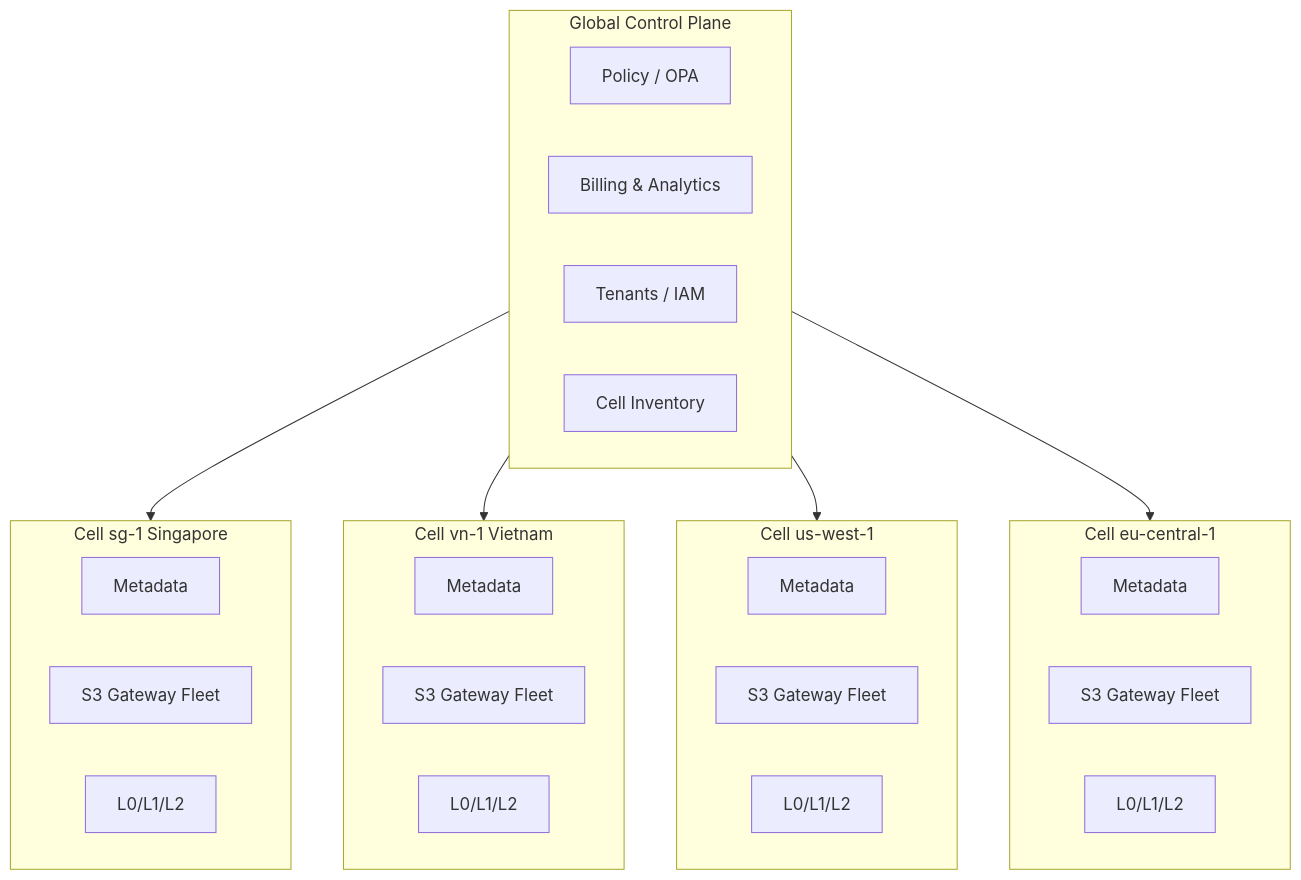
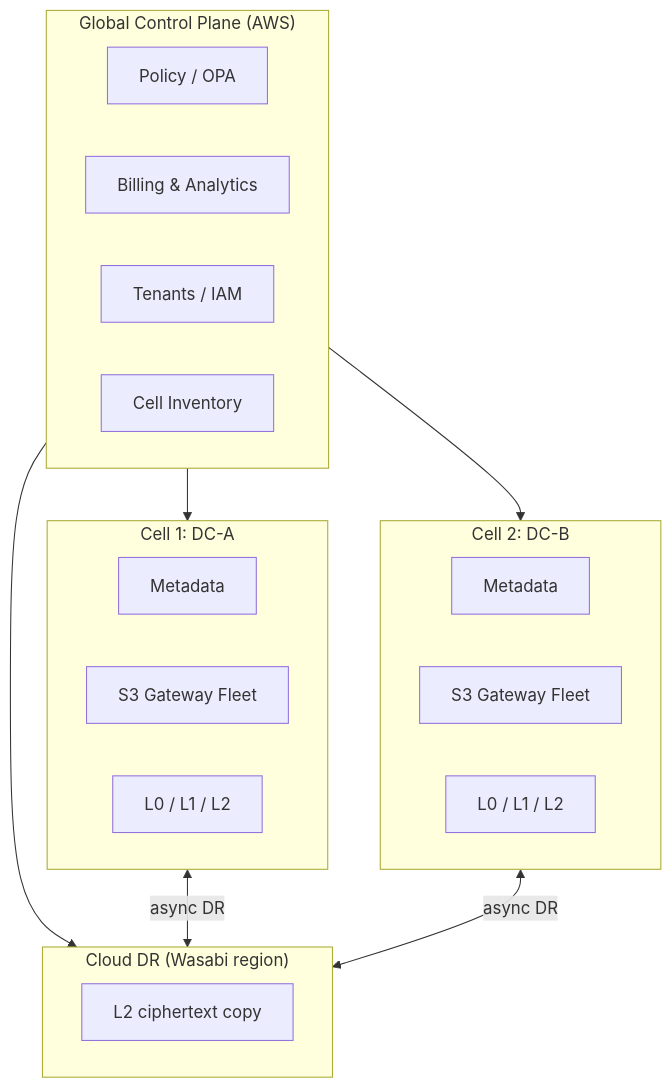
Before and after one commit to kennguy3n/zk-object-fabric: the second of 2 diagrams in docs/PROPOSAL.md, drawn with Mermaid. The commit also changed other lines of this file and 3 other files, not shown here.

First line of the commit message:
Rewrite project docs for ZK Object Fabric on AWS + Linode + Wasabi

````diff
--- a/docs/PROPOSAL.md
+++ b/docs/PROPOSAL.md
@@ -353,33 +684,28 @@
 ```mermaid
 flowchart TD
-    subgraph Global[Global Control Plane]
-      G_POLICY[Policy / OPA]
-      G_BILL[Billing &amp; Analytics]
-      G_IAM[Tenants / IAM]
-      G_INV[Cell Inventory]
+    subgraph Global["Global Control Plane (AWS)"]
+      G_POLICY["Policy / OPA"]
+      G_BILL["Billing &amp; Analytics"]
+      G_IAM["Tenants / IAM"]
+      G_INV["Cell Inventory"]
     end
-    subgraph SG[Cell sg-1 Singapore]
-      SG_MD[Metadata]
-      SG_GW[S3 Gateway Fleet]
-      SG_L0[L0/L1/L2]
+    subgraph Cell1["Cell 1: DC-A"]
+      C1_MD["Metadata"]
+      C1_GW["S3 Gateway Fleet"]
+      C1_L["L0 / L1 / L2"]
     end
-    subgraph VN[Cell vn-1 Vietnam]
-      VN_MD[Metadata]
-      VN_GW[S3 Gateway Fleet]
-      VN_L0[L0/L1/L2]
+    subgraph Cell2["Cell 2: DC-B"]
+      C2_MD["Metadata"]
+      C2_GW["S3 Gateway Fleet"]
+      C2_L["L0 / L1 / L2"]
     end
-    subgraph USW[Cell us-west-1]
-      USW_MD[Metadata]
-      USW_GW[S3 Gateway Fleet]
-      USW_L0[L0/L1/L2]
+    subgraph CloudDR["Cloud DR (Wasabi region)"]
+      DR_L2["L2 ciphertext copy"]
     end
-    subgraph EUC[Cell eu-central-1]
-      EUC_MD[Metadata]
-      EUC_GW[S3 Gateway Fleet]
-      EUC_L0[L0/L1/L2]
-    end
-    Global --> SG
-    Global --> VN
-    Global --> USW
-    Global --> EUC
+
+    Global --> Cell1
+    Global --> Cell2
+    Global --> CloudDR
+    Cell1 <-->|"async DR"| CloudDR
+    Cell2 <-->|"async DR"| CloudDR
 ```
````
